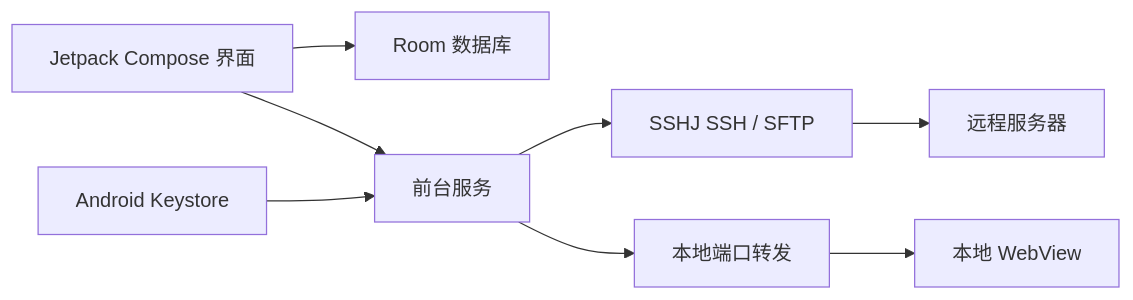
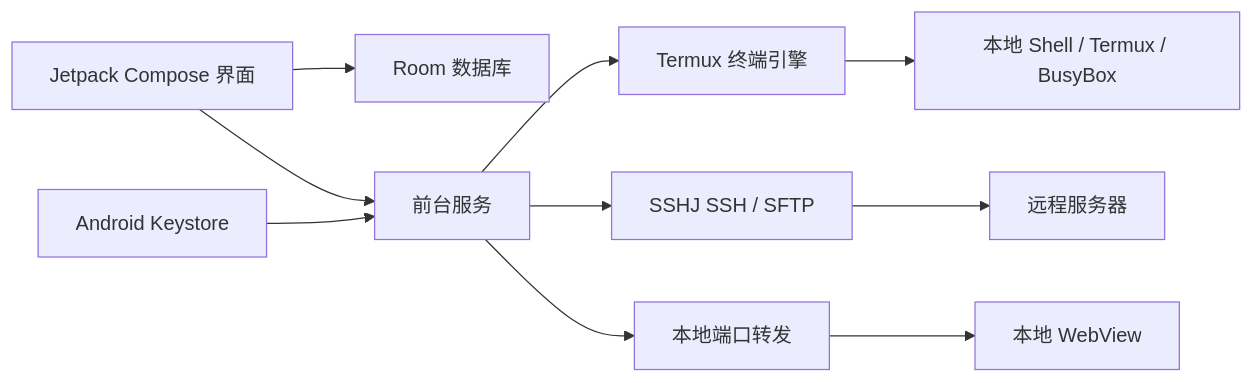
Before and after one commit to Bright-Chengliang/QuickSSH: the diagram in README.md, drawn with Mermaid. The commit also changed other lines of this file and 1 other file, not shown here.

Commit message:
docs: update readme with local terminal mode and Termux engine integration

````diff
--- a/README.md
+++ b/README.md
@@ -82,10 +90,12 @@
 ```mermaid
 flowchart LR
     UI[Jetpack Compose 界面] --> DB[Room 数据库]
     UI --> Services[前台服务]
+    Services --> Termux[Termux 终端引擎]
+    Termux --> Local[本地 Shell / Termux / BusyBox]
     Services --> SSH[SSHJ SSH / SFTP]
     Services --> Tunnel[本地端口转发]
     Credentials[Android Keystore] --> Services
     SSH --> Host[远程服务器]
     Tunnel --> WebView[本地 WebView]
 ```
````
